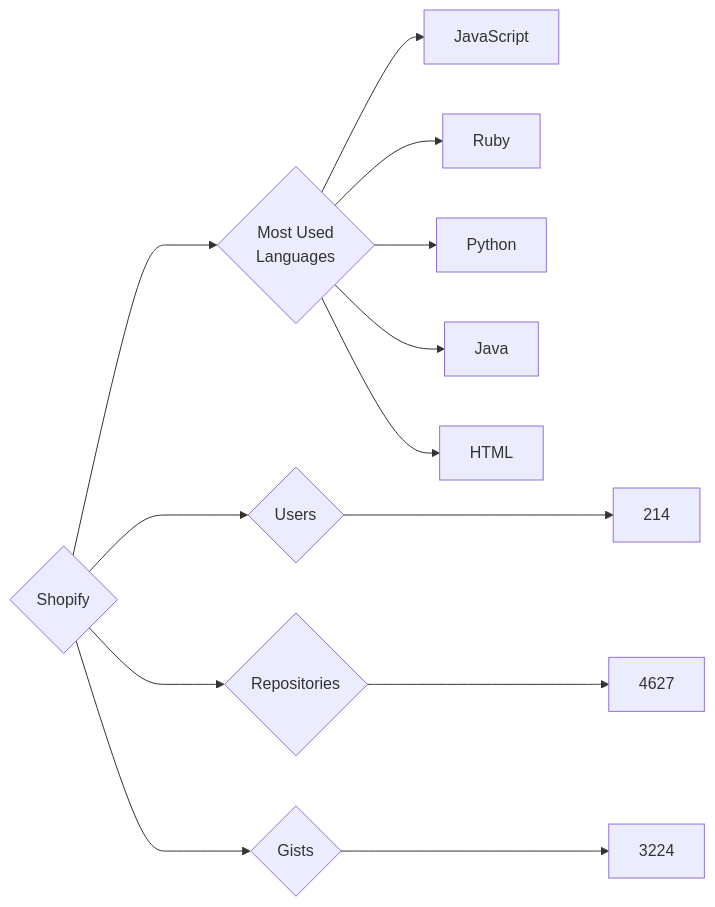
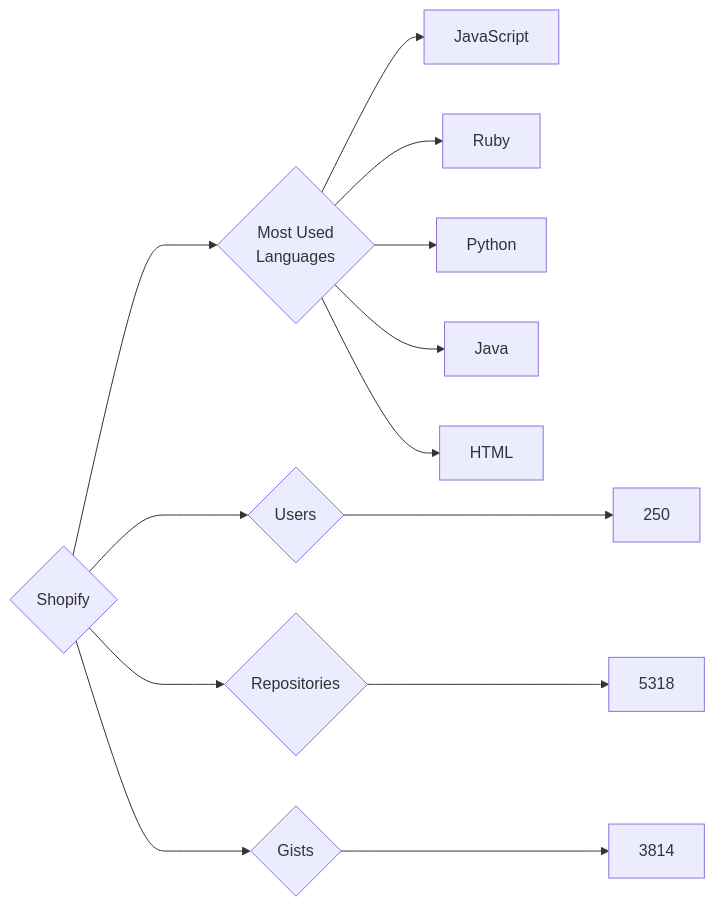
One commit to trickest/insiders changed the diagram in targets/Shopify/README.md. Above: the diagram before and after it, drawn with Mermaid. The commit also changed 806 other files, not shown here.

````diff
--- a/targets/Shopify/README.md
+++ b/targets/Shopify/README.md
@@ -3,13 +3,13 @@
 ```mermaid
 graph LR
 COMPANY_NAME{Shopify}
-COMPANY_NAME ---> U{Users} ---> UN[214]
-COMPANY_NAME ---> R{Repositories} ---> RN[4627]
-COMPANY_NAME ---> G{Gists} ---> GN[3224]
+COMPANY_NAME ---> U{Users} ---> UN[250]
+COMPANY_NAME ---> R{Repositories} ---> RN[5318]
+COMPANY_NAME ---> G{Gists} ---> GN[3814]
 COMPANY_NAME ---> ML{Most Used<br>Languages}
 ML --> JavaScript[JavaScript]
 ML --> Ruby[Ruby]
 ML --> Python[Python]
 ML --> Java[Java]
 ML --> HTML[HTML]
 ```
````
